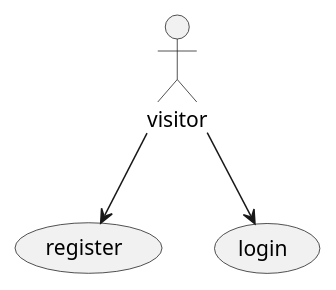
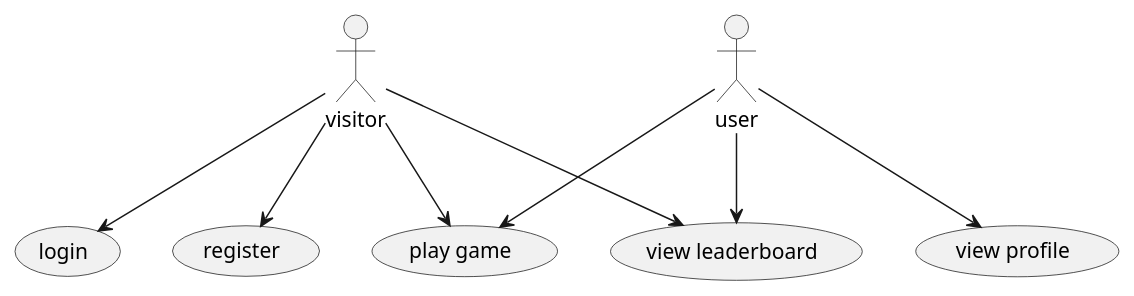
One commit to MoermansJ/eindwerk_backEnd changed the diagram in docs/useCaseDiagram.md. Above: the diagram before and after it, drawn with PlantUML. The commit also changed 1 other file, not shown here.

Commit message:
[UPD] Documentation

````diff
--- a/docs/useCaseDiagram.md
+++ b/docs/useCaseDiagram.md
@@ -1,16 +1,25 @@
 ```plantuml
 @startuml
 
 ' actors
 :visitor: as visitor
+:user: as user
 
 ' functionalities
 (register) as register
 (login) as login
+(view leaderboard) as "view leaderboard"
+(play game) as "play game"
+(view profile) as "view profile"
 
 ' relations
 visitor --> register
 visitor --> login
+visitor --> "play game"
+visitor --> "view leaderboard"
+user --> "play game"
+user --> "view leaderboard"
+user --> "view profile"
 
 @enduml
 ```
````
